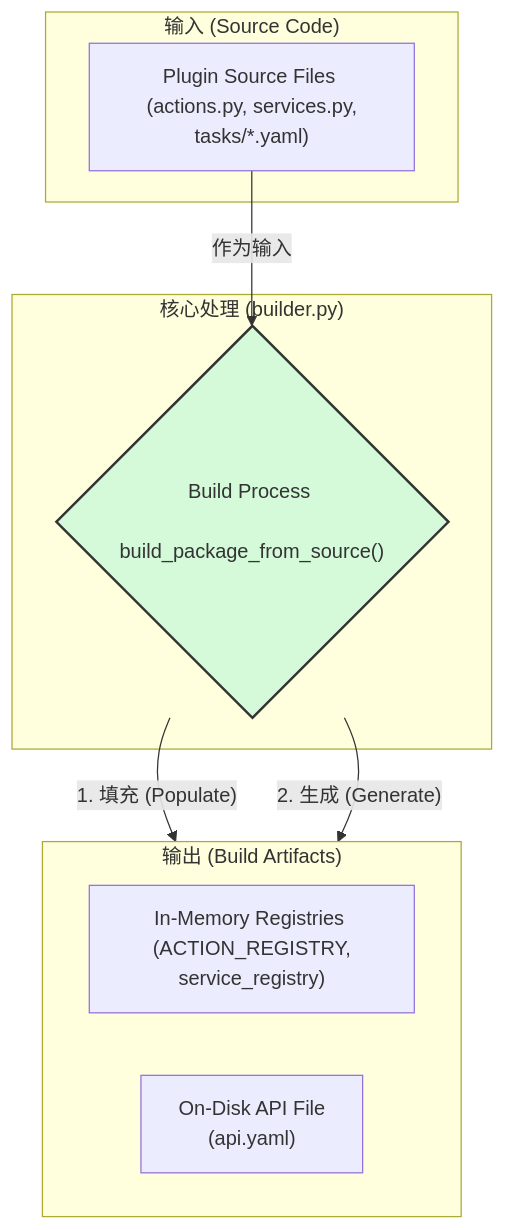
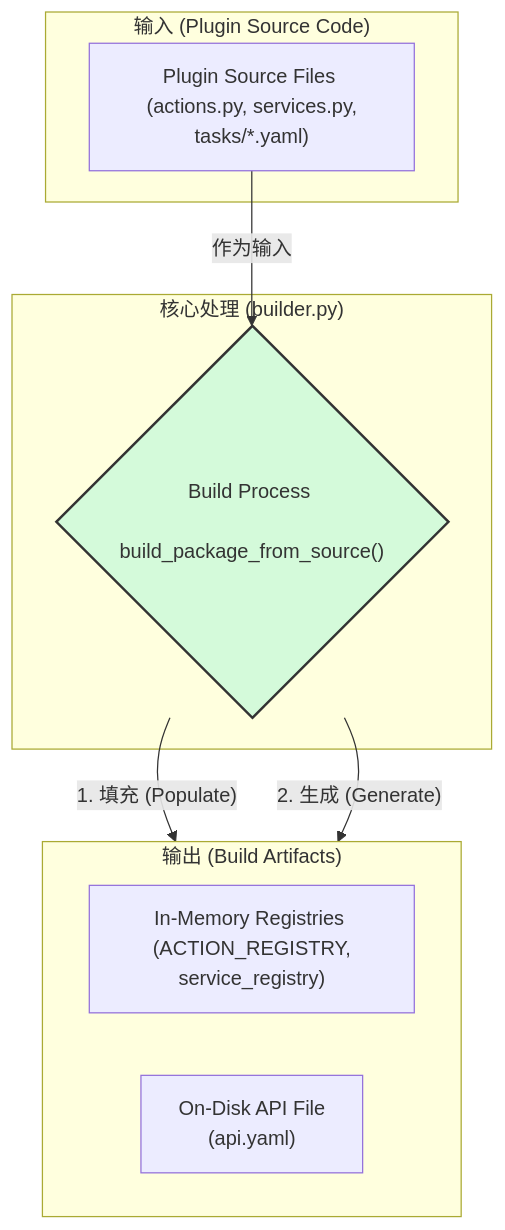
Before and after one commit to nightofknife/aura-framework: the first of 2 diagrams in readme/core_doc/builder.md, drawn with Mermaid. The commit also changed other lines of this file and 22 other files, not shown here.

````diff
--- a/readme/core_doc/builder.md
+++ b/readme/core_doc/builder.md
@@ -17,22 +18,22 @@
 ```mermaid
 graph TD
-    subgraph "输入 (Source Code)"
+    subgraph "输入 (Plugin Source Code)"
         PluginSource["Plugin Source Files <br> (actions.py, services.py, tasks/*.yaml)"]
     end
 
     subgraph "核心处理 (builder.py)"
         BuildProcess{"Build Process <br> build_package_from_source()"}
     end
 
     subgraph "输出 (Build Artifacts)"
         direction LR
         InMemory["In-Memory Registries <br> (ACTION_REGISTRY, service_registry)"]
         OnDisk["On-Disk API File <br> (api.yaml)"]
     end
 
     PluginSource -- "作为输入" --> BuildProcess
     BuildProcess -- "1. 填充 (Populate)" --> InMemory
     BuildProcess -- "2. 生成 (Generate)" --> OnDisk
     
     style BuildProcess fill:#d4fada,stroke:#333,stroke-width:2px
 ```
````
